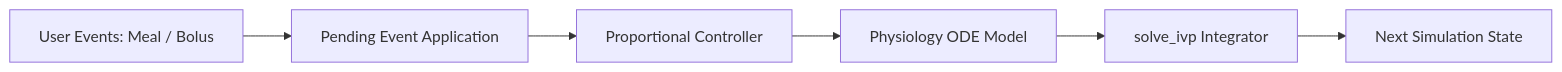
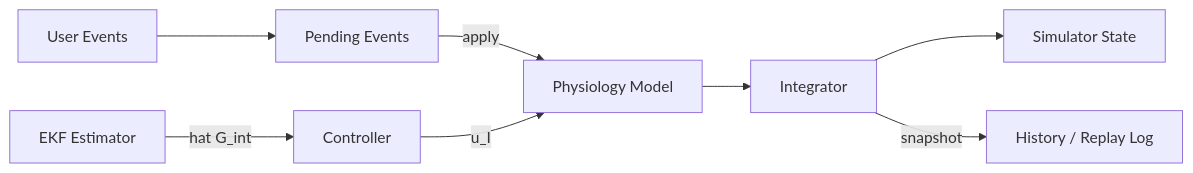
One commit to listi634/DT_BloodSugar_Insulin_Team1 changed the diagram in project_files/model_summary.md. Above: the diagram before and after it, drawn with Mermaid. The commit also changed other lines of this file and 5 other files, not shown here.

````diff
--- a/project_files/model_summary.md
+++ b/project_files/model_summary.md
@@ -124,8 +290,10 @@
 ```mermaid
 flowchart LR
-    U[User Events: Meal / Bolus] --> E[Pending Event Application]
-    E --> C[Proportional Controller]
-    C --> M[Physiology ODE Model]
-    M --> I[solve_ivp Integrator]
-    I --> S[Next Simulation State]
+  U[User Events] --> Q[Pending Events]
+  Q -->|apply| P[Physiology Model]
+  C[Controller] -->|u_I| P
+  P --> I[Integrator]
+  I --> S[Simulator State]
+  E[EKF Estimator] -->|hat G_int| C
+  I -->|snapshot| H[History / Replay Log]
 ```
````
